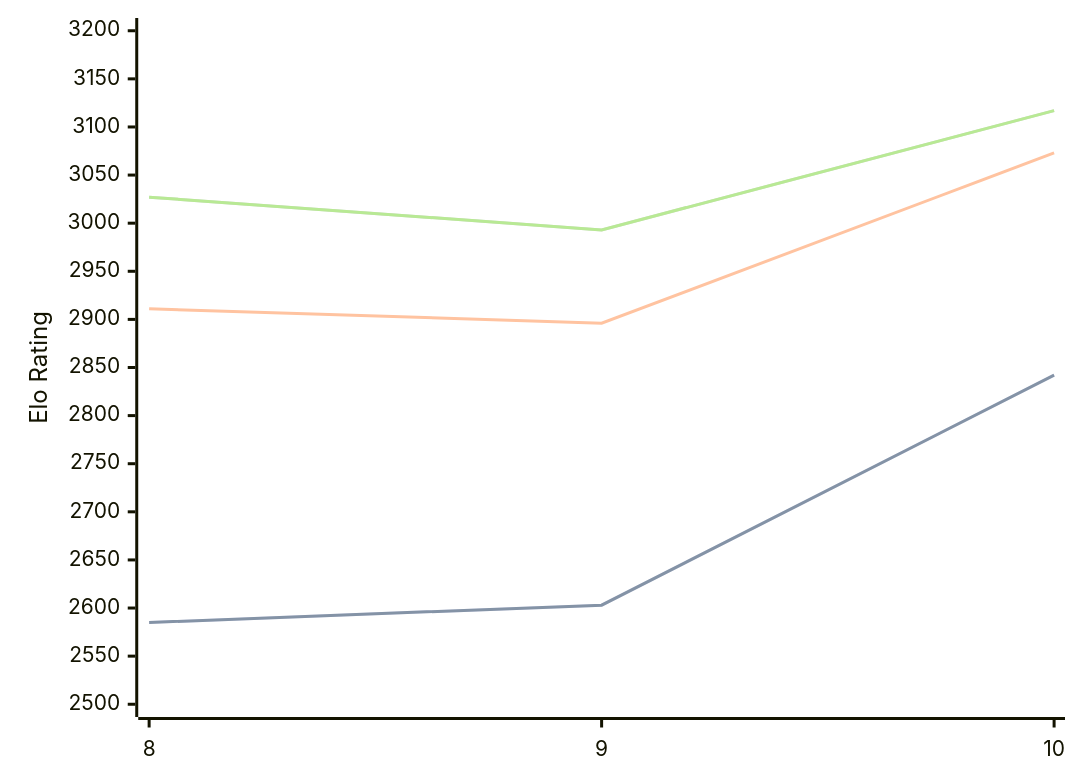
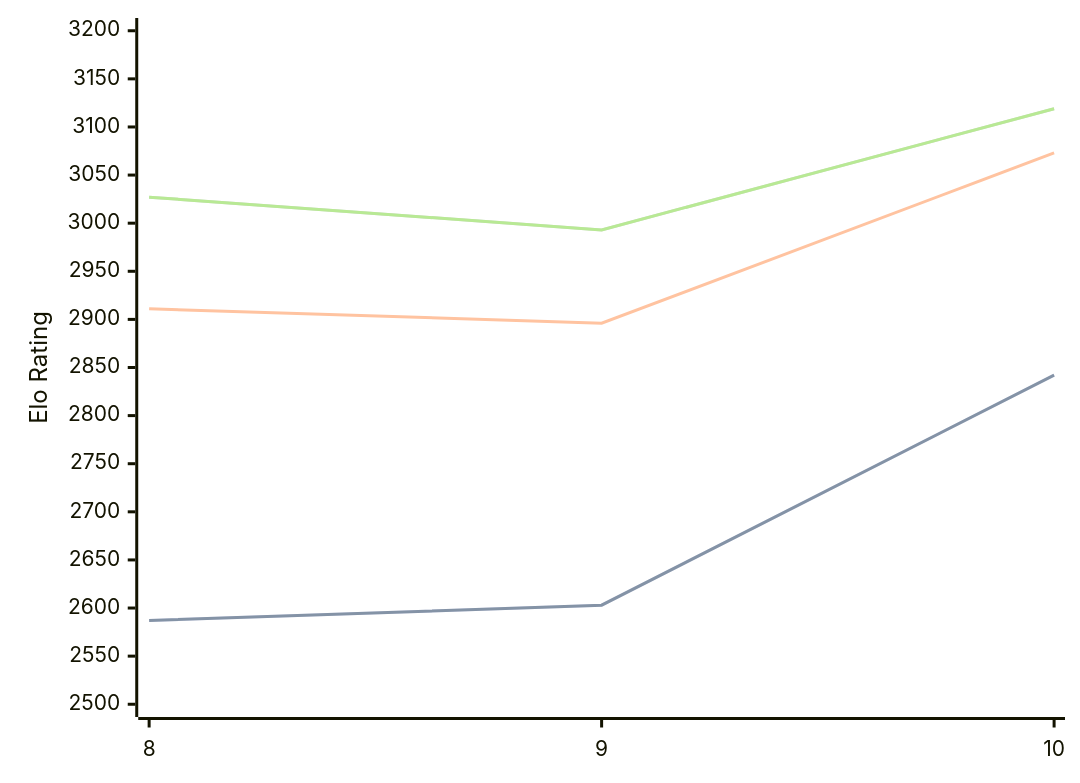
One commit to computer-chess-index/cci changed the diagram in engines/Lozza.md. Above: the diagram before and after it, drawn with Mermaid. The commit also changed other lines of this file, not shown here.

Commit message:
Update CCI Ratings (ELO VLTC) - 2026-08-20

````diff
--- a/engines/Lozza.md
+++ b/engines/Lozza.md
@@ -33,11 +33,11 @@
 ```mermaid
 %%{init: {"theme":"base","themeVariables":{"seriesColors:['#a3a3a3','#222221','#faa371']}}}%%
 xychart-beta
   x-axis ["8", "9", "10"]
   y-axis "Elo Rating" 2500 --> 3200
-  line "STC (8.0+0.08s)" [2585, 2603, 2842]
-  line "STC (8.0+0.08s)" [2585, 2603, 2842]
+  line "STC (8.0+0.08s)" [2587, 2603, 2842]
+  line "STC (8.0+0.08s)" [2587, 2603, 2842]
   line "LTC (60.0+0.60s)" [2911, 2896, 3073]
-  line "VLTC (2m24s+1.12s)" [3027, 2993, 3117]
-  line "VLTC (2m24s+1.12s)" [3027, 2993, 3117]
+  line "VLTC (2m24s+1.12s)" [3027, 2993, 3119]
+  line "VLTC (2m24s+1.12s)" [3027, 2993, 3119]
 ```
````
